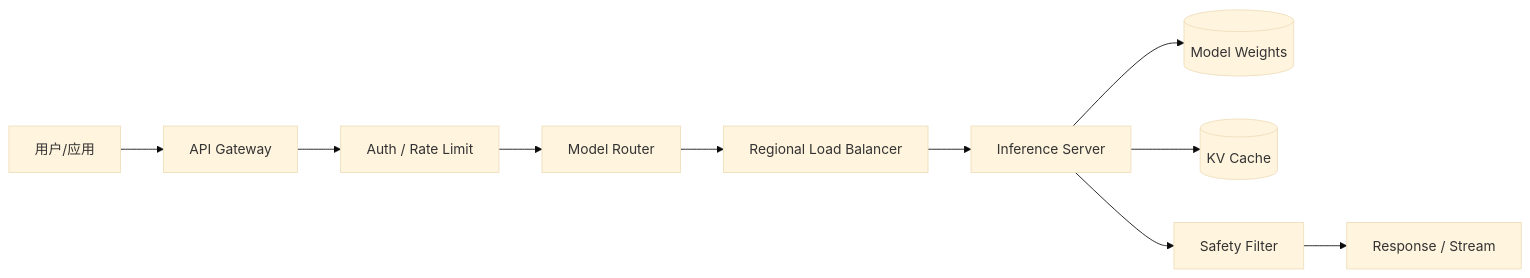
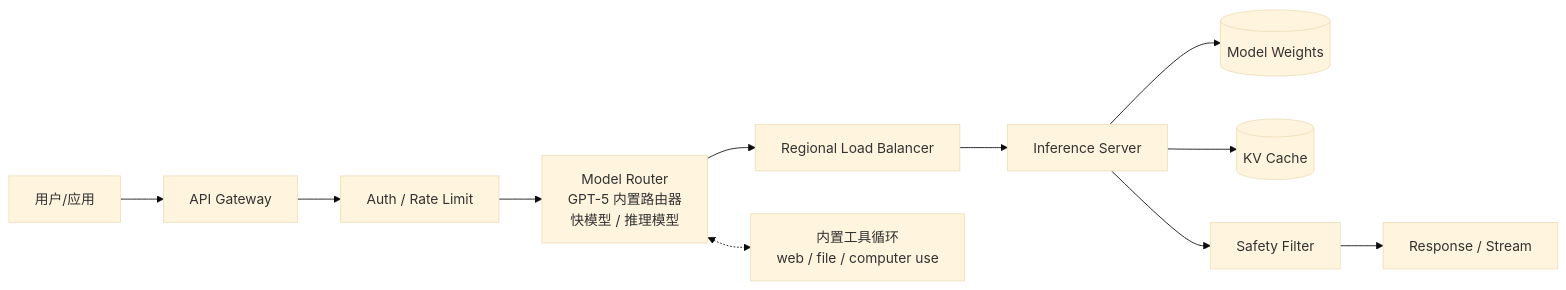
One commit to cypggs/AI_Infra_Handbook changed the second of 2 diagrams in docs/09-case-study/openai/04-training-and-inference.md. Above: the diagram before and after it, drawn with Mermaid (base theme). The commit also changed other lines of this file and 10 other files, not shown here.

````diff
--- a/docs/09-case-study/openai/04-training-and-inference.md
+++ b/docs/09-case-study/openai/04-training-and-inference.md
@@ -58,12 +62,16 @@
 ```mermaid
 flowchart LR
     U[用户/应用] --> GW[API Gateway]
     GW --> A[Auth / Rate Limit]
-    A --> R[Model Router]
+    A --> R[Model Router
+        GPT-5 内置路由器
+        快模型 / 推理模型]
     R --> L[Regional Load Balancer]
     L --> I[Inference Server]
     I --> M[(Model Weights)]
     I --> KV[(KV Cache)]
     I --> S[Safety Filter]
     S --> O[Response / Stream]
+    R <-.-> T[内置工具循环
+        web / file / computer use]
 ```
````
